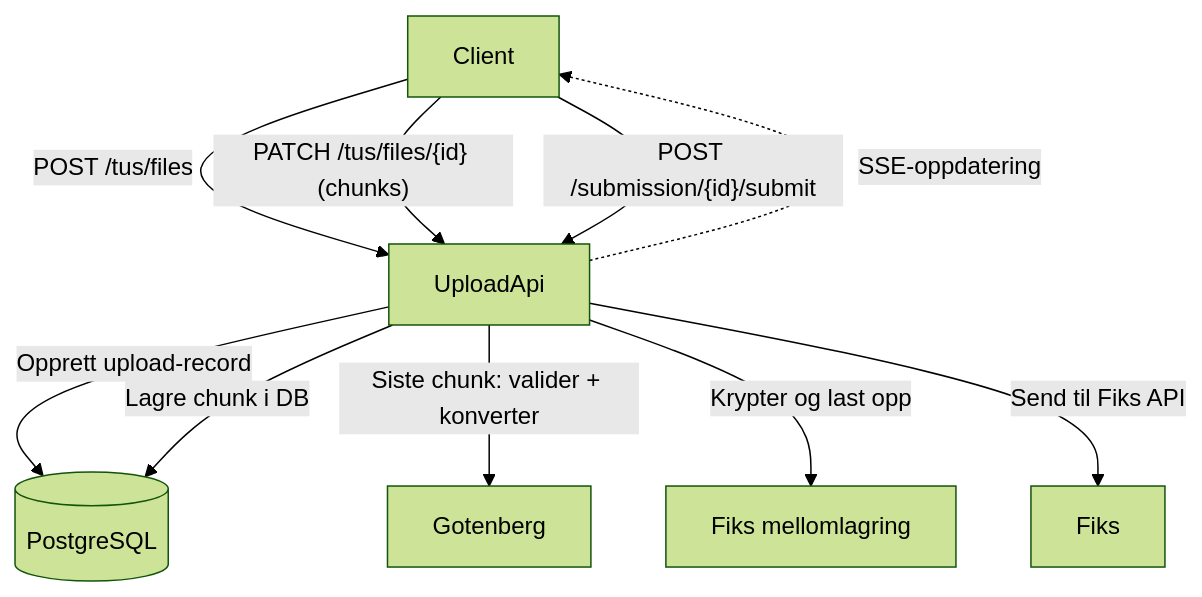
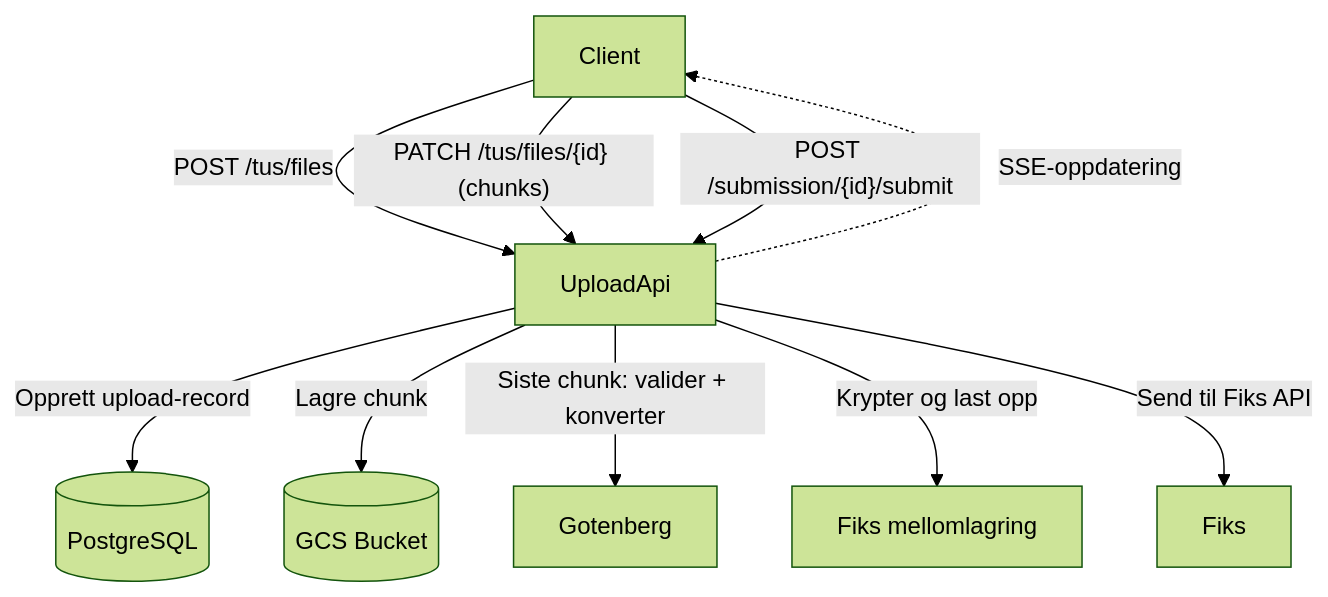
Before and after one commit to navikt/sosialhjelp-upload: the diagram in README.md, drawn with Mermaid (forest theme). The commit also changed other lines of this file and 1 other file, not shown here.

````diff
--- a/README.md
+++ b/README.md
@@ -14,16 +14,17 @@
 ```mermaid
 flowchart TD
     app[Client]
     db[(PostgreSQL)]
+    gcs[(GCS Bucket)]
     mellomlager[Fiks mellomlagring]
 
     app -- "POST /tus/files" --> UploadApi
     UploadApi -- "Opprett upload-record" --> db
     app -- "PATCH /tus/files/{id} (chunks)" --> UploadApi
-    UploadApi -- "Lagre chunk i DB" --> db
+    UploadApi -- "Lagre chunk" --> gcs
     UploadApi -- "Siste chunk: valider + konverter" --> Gotenberg
     UploadApi -- "Krypter og last opp" --> mellomlager
     UploadApi -. "SSE-oppdatering" .-> app
     app -- "POST /submission/{id}/submit" --> UploadApi
     UploadApi -- "Send til Fiks API" --> Fiks
 ```
````
